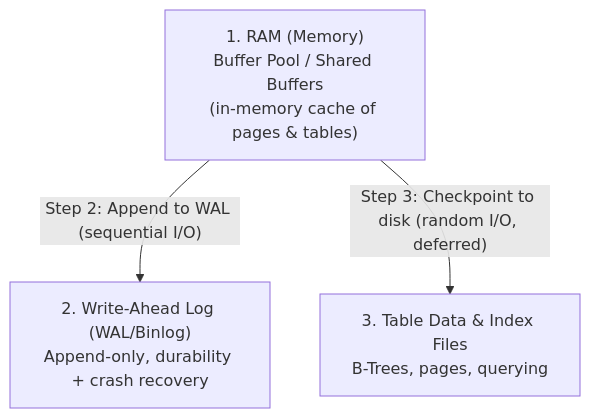
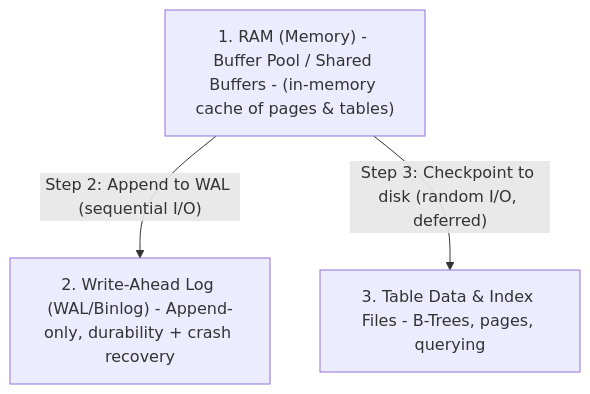
One commit to Chandra179/atlas changed the second of 8 diagrams in blog/astro/src/content/docs/change-data-capture.md. Above: the diagram before and after it, drawn with Mermaid. The commit also changed other lines of this file and 1 other file, not shown here.

````diff
--- a/blog/astro/src/content/docs/change-data-capture.md
+++ b/blog/astro/src/content/docs/change-data-capture.md
@@ -35,5 +35,5 @@
 ```mermaid
 flowchart TD
-  RAM["1. RAM (Memory)<br/>Buffer Pool / Shared Buffers<br/>(in-memory cache of pages & tables)"] -->|"Step 2: Append to WAL (sequential I/O)"| WAL["2. Write-Ahead Log (WAL/Binlog)<br/>Append-only, durability + crash recovery"]
-  RAM -->|"Step 3: Checkpoint to disk (random I/O, deferred)"| Tables["3. Table Data & Index Files<br/>B-Trees, pages, querying"]
+  RAM["1. RAM (Memory) - Buffer Pool / Shared Buffers - (in-memory cache of pages & tables)"] -->|"Step 2: Append to WAL (sequential I/O)"| WAL["2. Write-Ahead Log (WAL/Binlog) - Append-only, durability + crash recovery"]
+  RAM -->|"Step 3: Checkpoint to disk (random I/O, deferred)"| Tables["3. Table Data & Index Files - B-Trees, pages, querying"]
 ```
````
